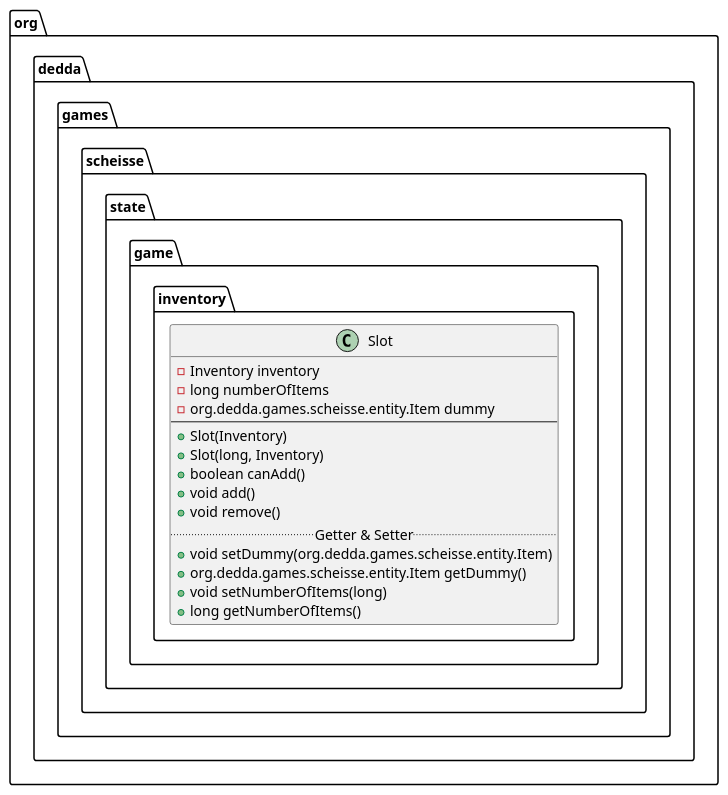
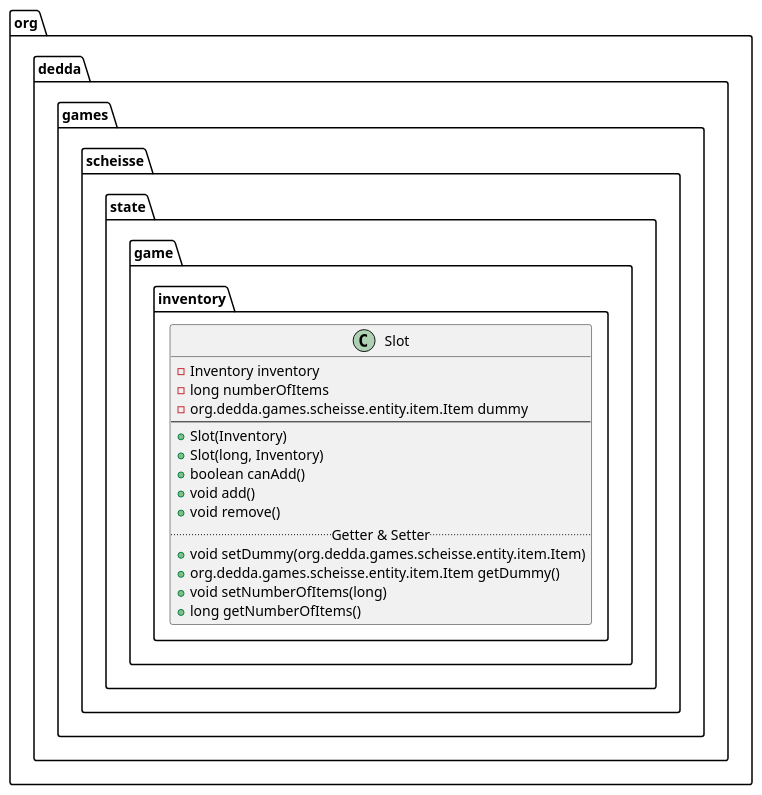
The diagram in game/uml/classes/org.dedda.games.scheisse.state.game.inventory.Slot.puml (gitter-badger/scheisse), drawn with PlantUML before and after one commit. The commit also changed 35 other files, not shown here.

```diff
--- a/game/uml/classes/org.dedda.games.scheisse.state.game.inventory.Slot.puml
+++ b/game/uml/classes/org.dedda.games.scheisse.state.game.inventory.Slot.puml
@@ -1,18 +1,18 @@
 @startuml
 class org.dedda.games.scheisse.state.game.inventory.Slot{
     - Inventory inventory
     - long numberOfItems
-    - org.dedda.games.scheisse.entity.Item dummy
+    - org.dedda.games.scheisse.entity.item.Item dummy
     --
     + Slot(Inventory)
     + Slot(long, Inventory)
     + boolean canAdd()
     + void add()
     + void remove()
     .. Getter & Setter ..
-    + void setDummy(org.dedda.games.scheisse.entity.Item)
-    + org.dedda.games.scheisse.entity.Item getDummy()
+    + void setDummy(org.dedda.games.scheisse.entity.item.Item)
+    + org.dedda.games.scheisse.entity.item.Item getDummy()
     + void setNumberOfItems(long)
     + long getNumberOfItems()
 }
 @enduml
```
